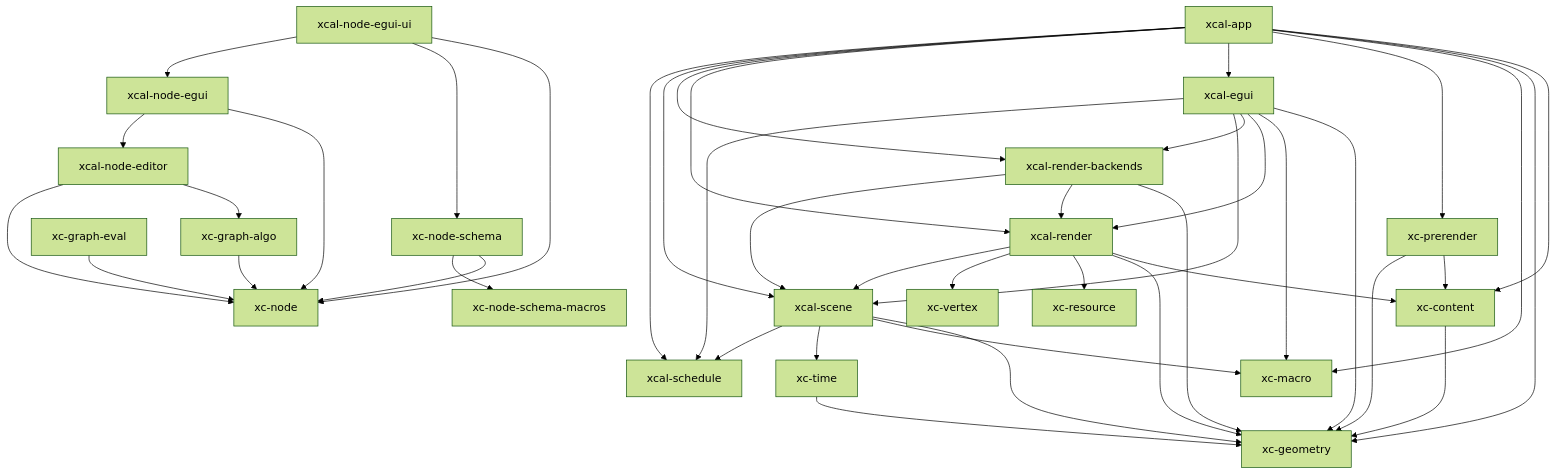
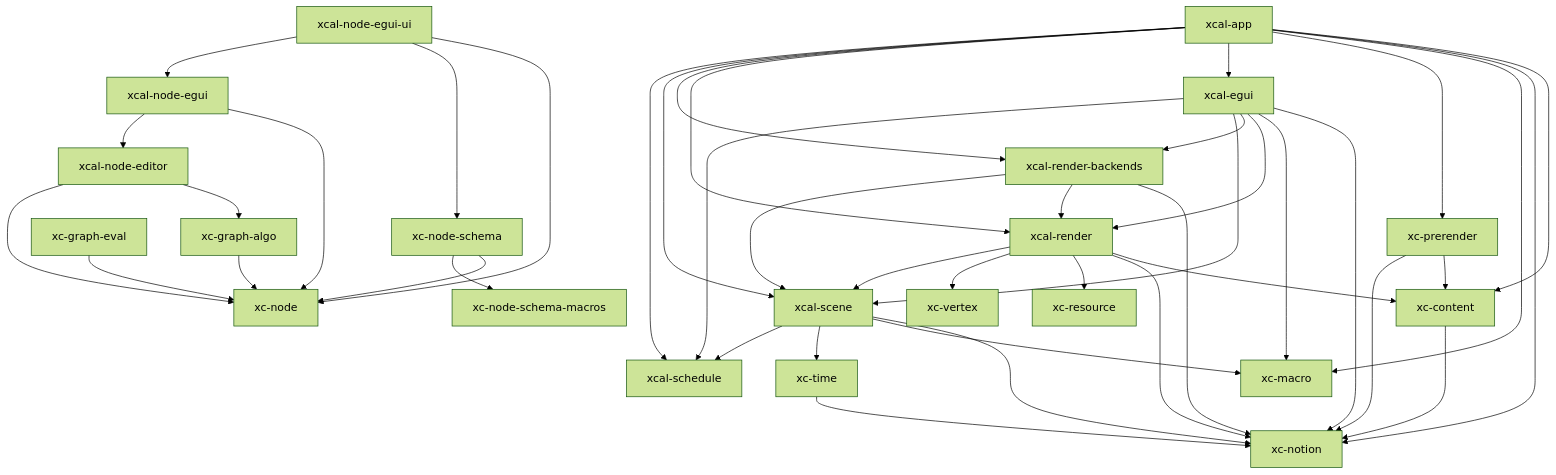
One commit to xcrtp/xcal-rs changed the diagram in workspace-analyzer.mmd. Above: the diagram before and after it, drawn with Mermaid (forest theme). The commit also changed 81 other files, not shown here.

First line of the commit message:
refactor(kernel): M1 理念层 — xc-geometry 改名 xc-notion

```diff
--- a/workspace-analyzer.mmd
+++ b/workspace-analyzer.mmd
@@ -1,44 +1,44 @@
 graph TD
-    xc-content --> xc-geometry
+    xc-content --> xc-notion
     xc-graph-algo --> xc-node
     xc-graph-eval --> xc-node
     xc-node-schema --> xc-node
     xc-node-schema --> xc-node-schema-macros
     xc-prerender --> xc-content
-    xc-prerender --> xc-geometry
-    xc-time --> xc-geometry
+    xc-prerender --> xc-notion
+    xc-time --> xc-notion
     xcal-app --> xc-content
-    xcal-app --> xc-geometry
+    xcal-app --> xc-notion
     xcal-app --> xc-macro
     xcal-app --> xc-prerender
     xcal-app --> xcal-egui
     xcal-app --> xcal-render
     xcal-app --> xcal-render-backends
     xcal-app --> xcal-scene
     xcal-app --> xcal-schedule
-    xcal-egui --> xc-geometry
+    xcal-egui --> xc-notion
     xcal-egui --> xc-macro
     xcal-egui --> xcal-render
     xcal-egui --> xcal-render-backends
     xcal-egui --> xcal-scene
     xcal-egui --> xcal-schedule
     xcal-node-editor --> xc-graph-algo
     xcal-node-editor --> xc-node
     xcal-node-egui --> xc-node
     xcal-node-egui --> xcal-node-editor
     xcal-node-egui-ui --> xc-node
     xcal-node-egui-ui --> xc-node-schema
     xcal-node-egui-ui --> xcal-node-egui
     xcal-render --> xc-content
-    xcal-render --> xc-geometry
+    xcal-render --> xc-notion
     xcal-render --> xc-resource
     xcal-render --> xc-vertex
     xcal-render --> xcal-scene
-    xcal-render-backends --> xc-geometry
+    xcal-render-backends --> xc-notion
     xcal-render-backends --> xcal-render
     xcal-render-backends --> xcal-scene
-    xcal-scene --> xc-geometry
+    xcal-scene --> xc-notion
     xcal-scene --> xc-macro
     xcal-scene --> xc-time
     xcal-scene --> xcal-schedule
 classDef red stroke:#ff0000,stroke-width:2px;
```
